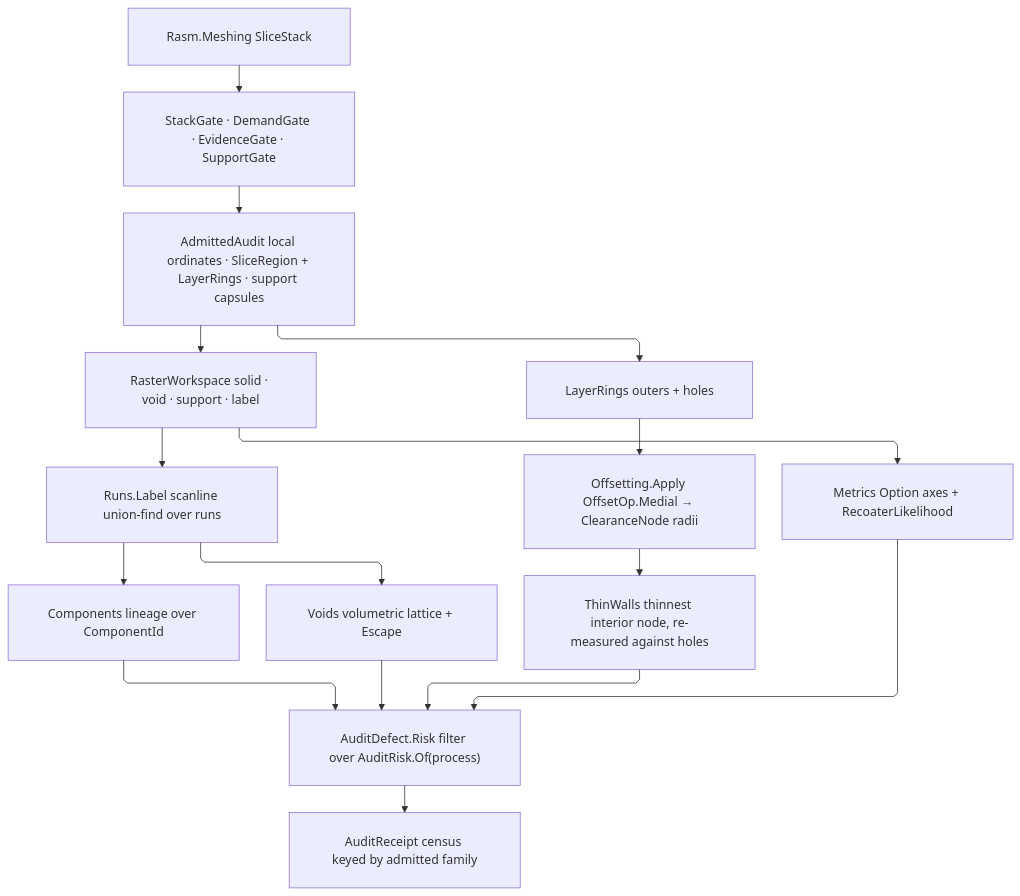
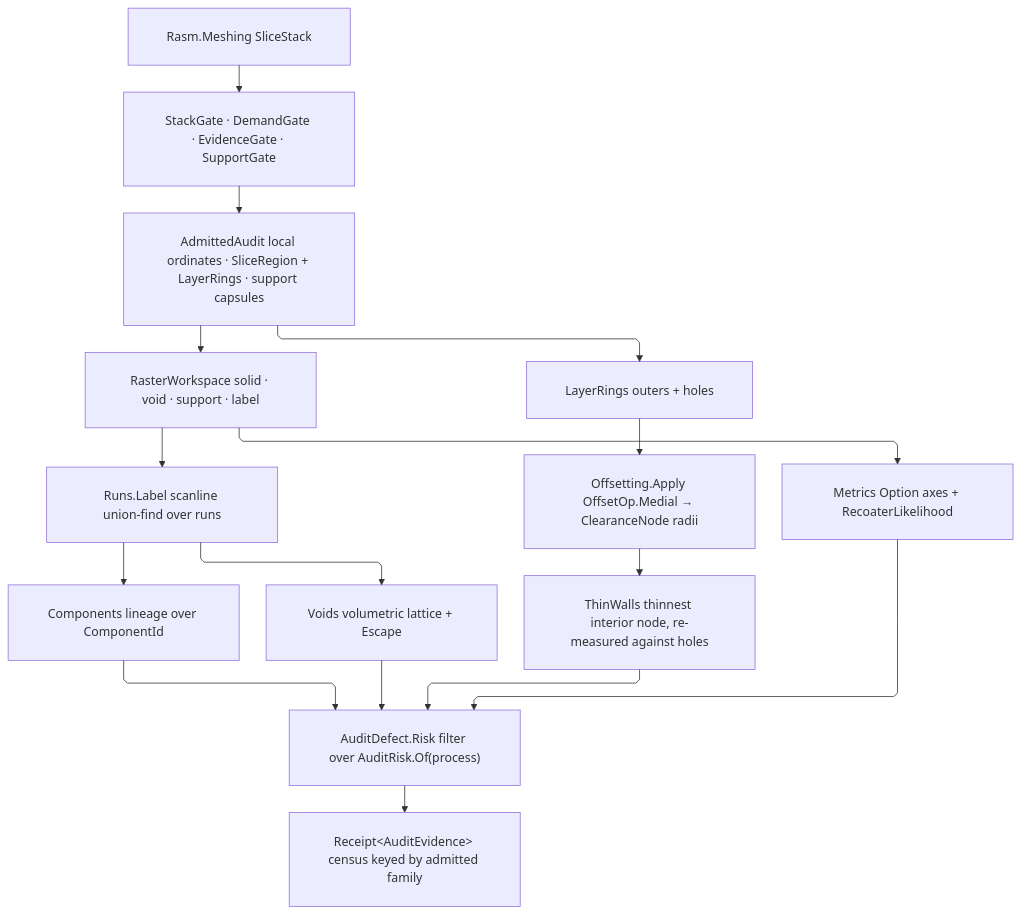
Before and after one commit to bsamiee/Rasm: the diagram in libs/csharp/Rasm.Fabrication/.planning/Verify/audit.md, drawn with Mermaid. The commit also changed other lines of this file and 818 other files, not shown here.

````diff
--- a/libs/csharp/Rasm.Fabrication/.planning/Verify/audit.md
+++ b/libs/csharp/Rasm.Fabrication/.planning/Verify/audit.md
@@ -1406,27 +1456,27 @@
 ```mermaid
 ---
 config:
   layout: elk
   flowchart:
     curve: linear
     padding: 25
 ---
 flowchart TB
     accTitle: Additive preflight fold
     accDescr: One slice stack admits through channel, demand, evidence, and support gates into a pooled four-plane raster workspace whose run-scanline labeling feeds component lineage, void escape, and layer metrics, while the layer rings feed the kernel medial wavefront for wall thickness, all folding into the risk-filtered defect census.
     Stack["Rasm.Meshing SliceStack"] --> Gates["StackGate · DemandGate · EvidenceGate · SupportGate"]
     Gates --> Admitted["AdmittedAudit local ordinates · SliceRegion + LayerRings · support capsules"]
     Admitted --> Planes["RasterWorkspace solid · void · support · label"]
     Admitted --> Rings["LayerRings outers + holes"]
     Planes --> Label["Runs.Label scanline union-find over runs"]
     Rings --> Field["Offsetting.Apply OffsetOp.Medial → ClearanceNode radii"]
     Label --> Components["Components lineage over ComponentId"]
     Label --> Voids["Voids volumetric lattice + Escape"]
     Field --> Walls["ThinWalls thinnest interior node, re-measured against holes"]
     Planes --> Metrics["Metrics Option axes + RecoaterLikelihood"]
     Components --> Census["AuditDefect.Risk filter over AuditRisk.Of(process)"]
     Voids --> Census
     Walls --> Census
     Metrics --> Census
-    Census --> Receipt["AuditReceipt census keyed by admitted family"]
+    Census --> Receipt["Receipt&lt;AuditEvidence&gt; census keyed by admitted family"]
 ```
````
